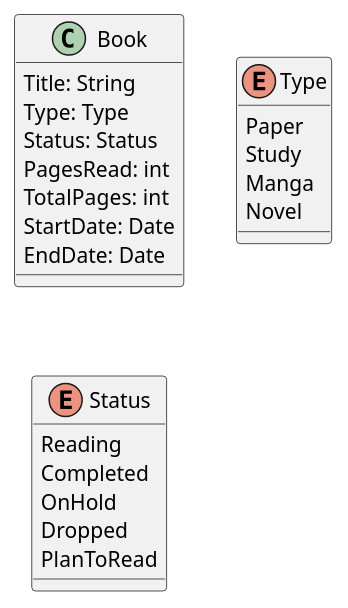
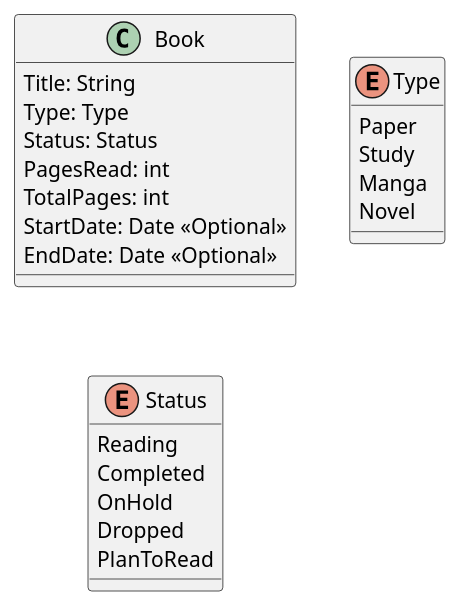
Before and after one commit to niikei/niikei.github.io: the diagram in README.md, drawn with PlantUML.

Commit message:
docs: StartDate and EndDate is optional

````diff
--- a/README.md
+++ b/README.md
@@ -22,29 +22,29 @@
 ```plantuml
 @startuml
 class Book {
   Title: String
   Type: Type
   Status: Status
   PagesRead: int
   TotalPages: int
-  StartDate: Date
-  EndDate: Date
+  StartDate: Date <<Optional>>
+  EndDate: Date <<Optional>>
 }
 
 enum Type {
   Paper
   Study
   Manga
   Novel
 }
 
 enum Status {
   Reading
   Completed
   OnHold
   Dropped
   PlanToRead
 }
 
 @enduml
 ```
````
